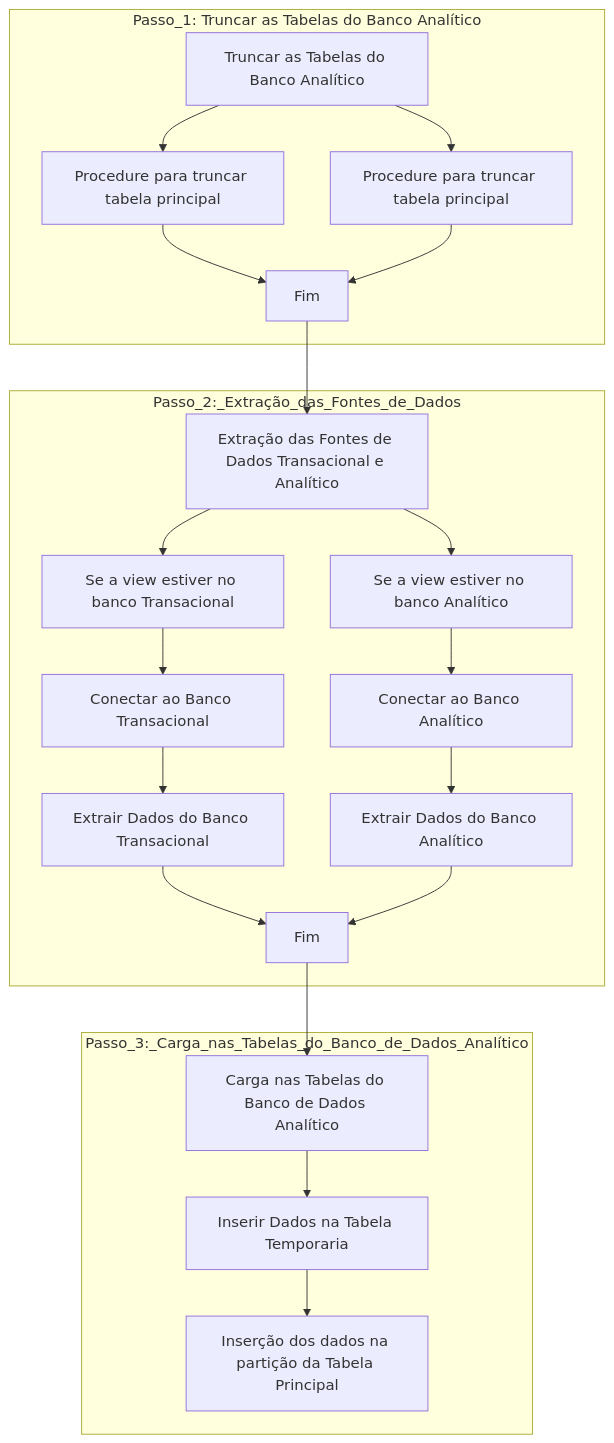
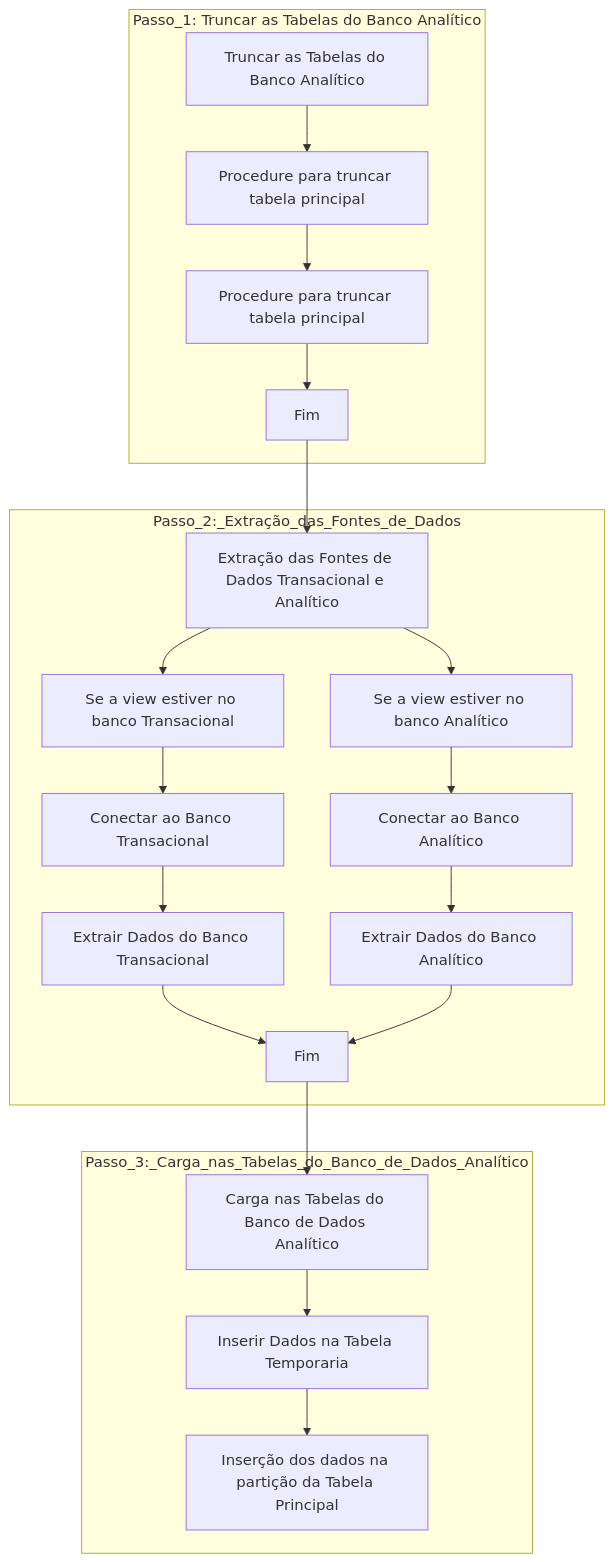
Before and after one commit to CarlosCaastro/spark_teste: the diagram in README.md, drawn with Mermaid.

````diff
--- a/README.md
+++ b/README.md
@@ -1,47 +1,46 @@
 ```mermaid
 graph TD;
     A[Truncar as Tabelas do Banco Analítico]
     B[Extração das Fontes de Dados Transacional e Analítico]
     C[Carga nas Tabelas do Banco de Dados Analítico]
 
     subgraph Passo_1: Truncar as Tabelas do Banco Analítico
         A1[Procedure para truncar tabela principal]
         A2[Procedure para truncar tabela principal]
         A3[Fim]
         A --> A1
-        A --> A2
+        A1 --> A2
         A2 --> A3
-        A1 --> A3
 
     end
 
     subgraph Passo_2:_Extração_das_Fontes_de_Dados
         B1[Se a view estiver no banco Transacional]
         B2[Se a view estiver no banco Analítico]
         B3[Conectar ao Banco Transacional]
         B4[Extrair Dados do Banco Transacional]
         B5[Conectar ao Banco Analítico]
         B6[Extrair Dados do Banco Analítico]
         B7[Fim]
         B --> B1
         B --> B2
         B1 --> B3
         B2 --> B5
         B3 --> B4
         B5 --> B6
         B4 --> B7
         B6 --> B7
 
     end
 
     subgraph Passo_3:_Carga_nas_Tabelas_do_Banco_de_Dados_Analítico
         C1[Inserir Dados na Tabela Temporaria]
         C2[Inserção dos dados na partição da Tabela Principal]
 
         C --> C1
         C1 --> C2
     end
 
     A3 --> B
     B7 --> C
 ```
````
